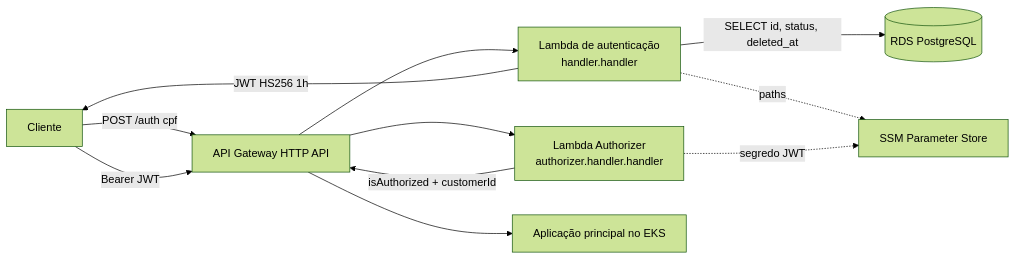
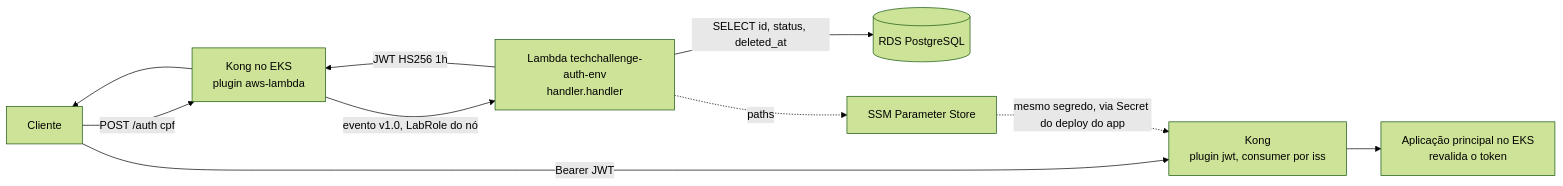
The diagram in docs/diagrams/01-autenticacao.mmd (DevKaue/TechChallange---Function-Serverless), drawn with Mermaid (forest theme) before and after one commit. The commit also changed 12 other files, not shown here.

First line of the commit message:
docs: registra o Kong no lugar do API Gateway e o ambiente staging

```diff
--- a/docs/diagrams/01-autenticacao.mmd
+++ b/docs/diagrams/01-autenticacao.mmd
@@ -1,11 +1,10 @@
 flowchart LR
-  C[Cliente] -->|POST /auth cpf| GW[API Gateway HTTP API]
-  GW --> AUTH[Lambda de autenticação<br/>handler.handler]
+  C[Cliente] -->|POST /auth cpf| KONG[Kong no EKS<br/>plugin aws-lambda]
+  KONG -->|evento v1.0, LabRole do nó| AUTH[Lambda techchallenge-auth-env<br/>handler.handler]
   AUTH -->|SELECT id, status, deleted_at| RDS[(RDS PostgreSQL)]
   AUTH -.->|paths| SSM[SSM Parameter Store]
-  AUTH -->|JWT HS256 1h| C
-  C -->|Bearer JWT| GW
-  GW --> AZ[Lambda Authorizer<br/>authorizer.handler.handler]
-  AZ -.->|segredo JWT| SSM
-  AZ -->|isAuthorized + customerId| GW
-  GW --> APP[Aplicação principal no EKS]
+  AUTH -->|JWT HS256 1h| KONG
+  KONG --> C
+  C -->|Bearer JWT| KONGJ[Kong<br/>plugin jwt, consumer por iss]
+  SSM -.->|mesmo segredo, via Secret do deploy do app| KONGJ
+  KONGJ --> APP[Aplicação principal no EKS<br/>revalida o token]
```
